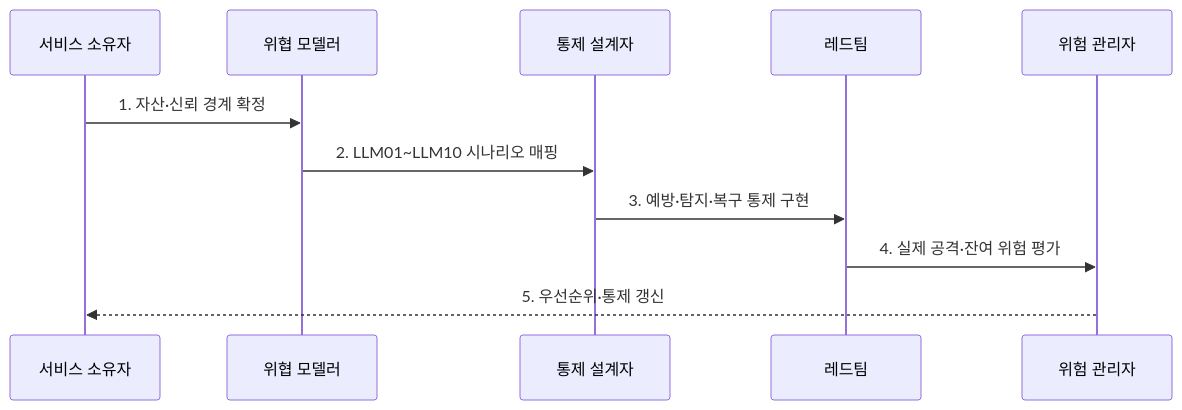
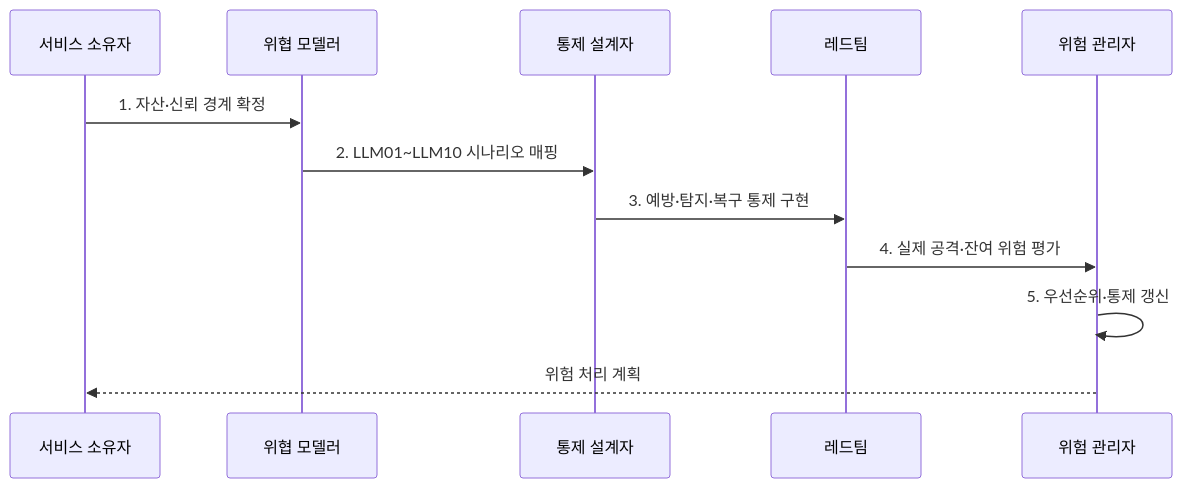
One commit to agnusdei1207/knowledge-base changed the diagram in src/content/docs/notes/05-security/088_owasp_llm_top_10.md. Above: the diagram before and after it, drawn with Mermaid. The commit also changed other lines of this file and 20 other files, not shown here.

````diff
--- a/src/content/docs/notes/05-security/088_owasp_llm_top_10.md
+++ b/src/content/docs/notes/05-security/088_owasp_llm_top_10.md
@@ -90,13 +76,14 @@
 ```mermaid
 sequenceDiagram
     participant O as 서비스 소유자
     participant T as 위협 모델러
     participant C as 통제 설계자
     participant R as 레드팀
     participant G as 위험 관리자
     O->>T: 1. 자산·신뢰 경계 확정
     T->>C: 2. LLM01~LLM10 시나리오 매핑
     C->>R: 3. 예방·탐지·복구 통제 구현
     R->>G: 4. 실제 공격·잔여 위험 평가
-    G-->>O: 5. 우선순위·통제 갱신
+    G->>G: 5. 우선순위·통제 갱신
+    G-->>O: 위험 처리 계획
 ```
````
